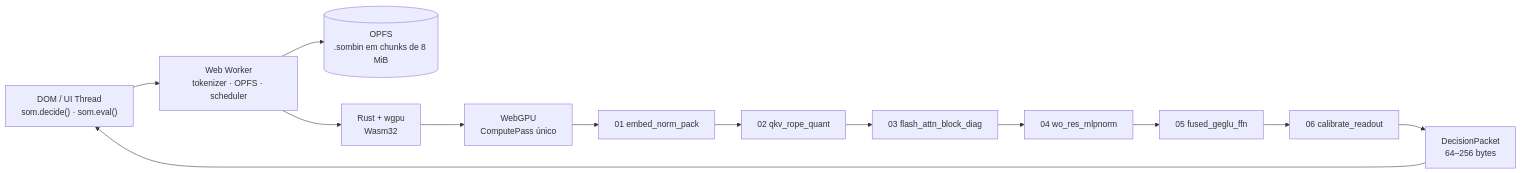
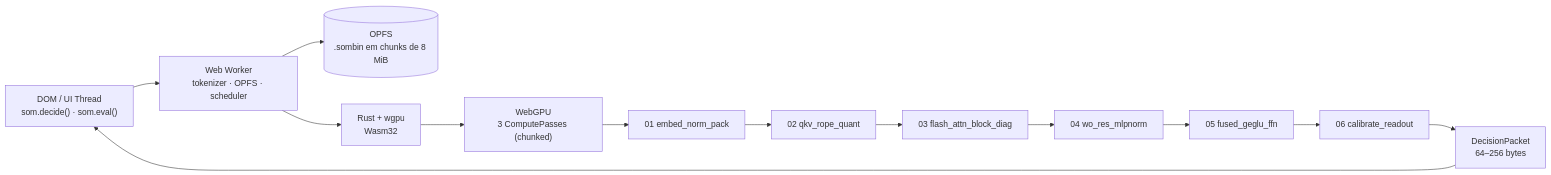
Before and after one commit to frederico-kluser/som-webcore: the first of 3 diagrams in README.md, drawn with Mermaid. The commit also changed other lines of this file and 1 other file, not shown here.

````diff
--- a/README.md
+++ b/README.md
@@ -212,15 +216,15 @@
 ```mermaid
 flowchart LR
     UI["DOM / UI Thread<br/>som.decide() · som.eval()"] --> W["Web Worker<br/>tokenizer · OPFS · scheduler"]
     W --> F[("OPFS<br/>.sombin em chunks de 8 MiB")]
     W --> R["Rust + wgpu<br/>Wasm32"]
-    R --> G["WebGPU<br/>ComputePass único"]
+    R --> G["WebGPU<br/>3 ComputePasses (chunked)"]
     G --> S1["01 embed_norm_pack"]
     S1 --> S2["02 qkv_rope_quant"]
     S2 --> S3["03 flash_attn_block_diag"]
     S3 --> S4["04 wo_res_mlpnorm"]
     S4 --> S5["05 fused_geglu_ffn"]
     S5 --> S6["06 calibrate_readout"]
     S6 --> RB["DecisionPacket<br/>64–256 bytes"]
     RB --> UI
 ```
````
